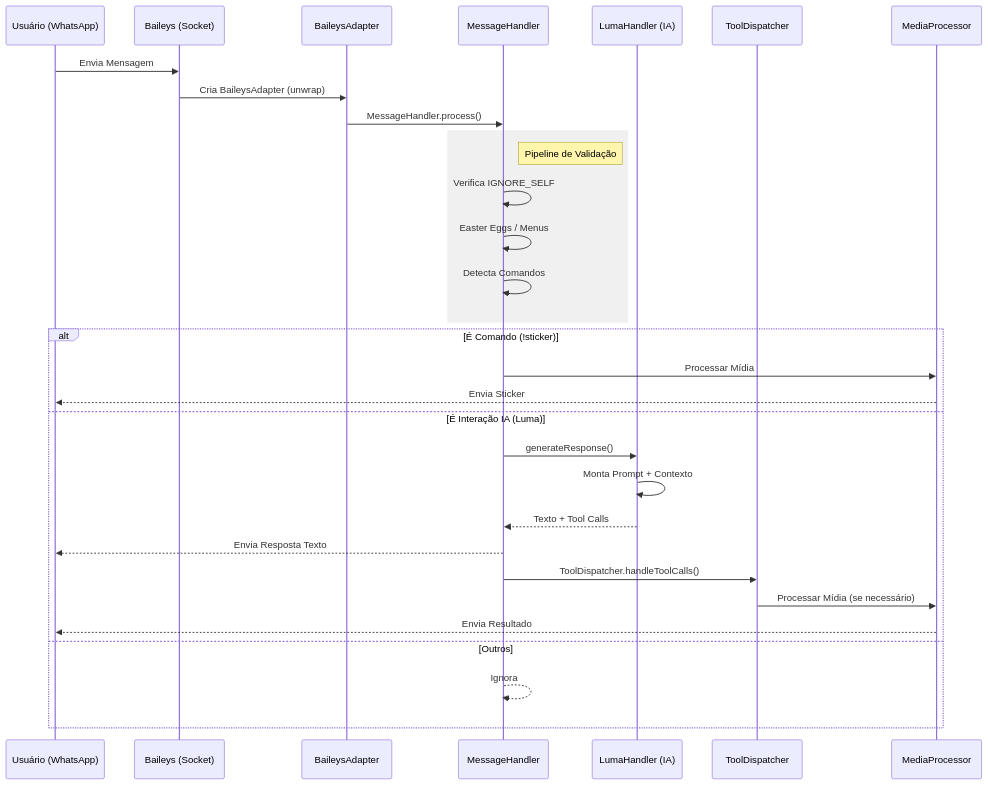
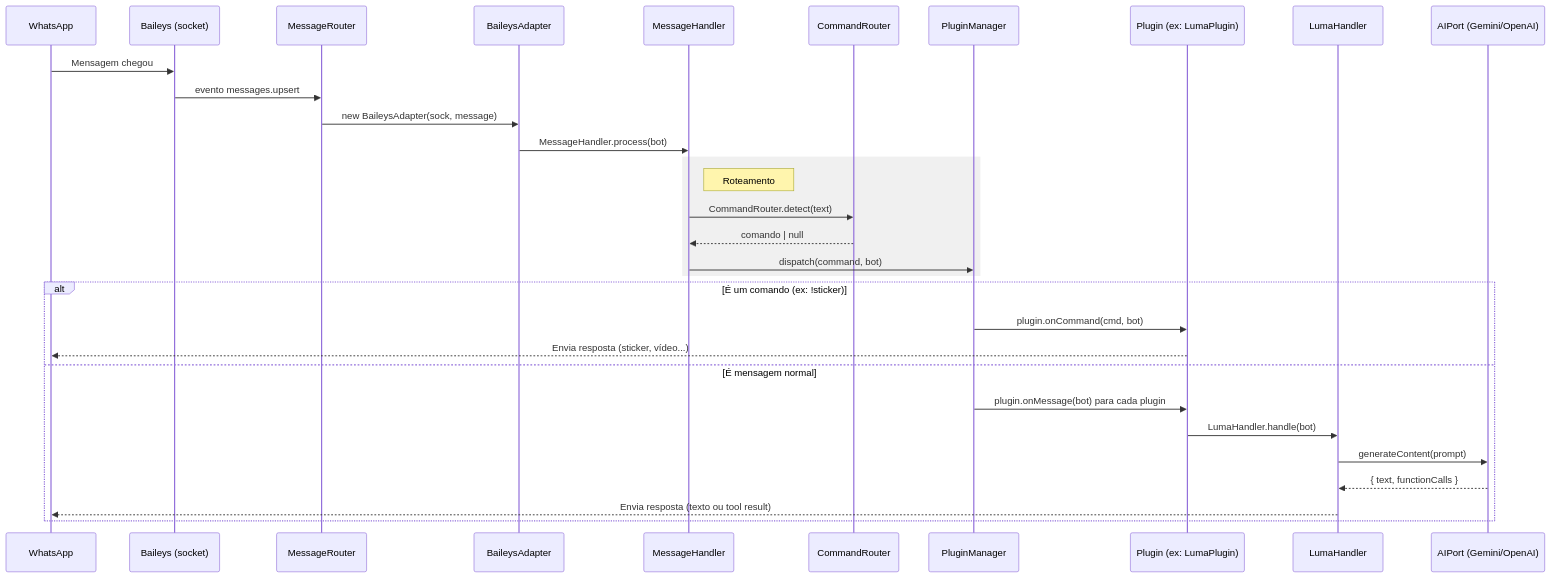
One commit to murillous/usebridger changed the diagram in docs/01-Arquitetura.md. Above: the diagram before and after it, drawn with Mermaid. The commit also changed other lines of this file and 19 other files, not shown here.

````diff
--- a/docs/01-Arquitetura.md
+++ b/docs/01-Arquitetura.md
@@ -9,36 +9,36 @@
 ```mermaid
 sequenceDiagram
-    participant User as Usuário (WhatsApp)
-    participant Baileys as Baileys (Socket)
-    participant Adapter as BaileysAdapter
-    participant Handler as MessageHandler
-    participant Luma as LumaHandler (IA)
-    participant Tools as ToolDispatcher
-    participant Media as MediaProcessor
+    participant WA   as WhatsApp
+    participant B    as Baileys (socket)
+    participant MR   as MessageRouter
+    participant BA   as BaileysAdapter
+    participant MH   as MessageHandler
+    participant CR   as CommandRouter
+    participant PM   as PluginManager
+    participant P    as Plugin (ex: LumaPlugin)
+    participant LH   as LumaHandler
+    participant AI   as AIPort (Gemini/OpenAI)
 
-    User->>Baileys: Envia Mensagem
-    Baileys->>Adapter: Cria BaileysAdapter (unwrap)
-    Adapter->>Handler: MessageHandler.process()
-    
-    rect rgb(240, 240, 240)
-        note right of Handler: Pipeline de Validação
-        Handler->>Handler: Verifica IGNORE_SELF
-        Handler->>Handler: Easter Eggs / Menus
-        Handler->>Handler: Detecta Comandos
+    WA->>B: Mensagem chegou
+    B->>MR: evento messages.upsert
+    MR->>BA: new BaileysAdapter(sock, message)
+    BA->>MH: MessageHandler.process(bot)
+
+    rect rgb(240,240,240)
+        note right of MH: Roteamento
+        MH->>CR: CommandRouter.detect(text)
+        CR-->>MH: comando | null
+        MH->>PM: dispatch(command, bot)
     end
 
-    alt É Comando (!sticker)
-        Handler->>Media: Processar Mídia
-        Media-->>User: Envia Sticker
-    else É Interação IA (Luma)
-        Handler->>Luma: generateResponse()
-        Luma->>Luma: Monta Prompt + Contexto
-        Luma-->>Handler: Texto + Tool Calls
-        Handler-->>User: Envia Resposta Texto
-        Handler->>Tools: ToolDispatcher.handleToolCalls()
-        Tools->>Media: Processar Mídia (se necessário)
-        Media-->>User: Envia Resultado
-    else Outros
-        Handler-->>Handler: Ignora
+    alt É um comando (ex: !sticker)
+        PM->>P: plugin.onCommand(cmd, bot)
+        P-->>WA: Envia resposta (sticker, vídeo...)
+    else É mensagem normal
+        PM->>P: plugin.onMessage(bot) para cada plugin
+        P->>LH: LumaHandler.handle(bot)
+        LH->>AI: generateContent(prompt)
+        AI-->>LH: { text, functionCalls }
+        LH-->>WA: Envia resposta (texto ou tool result)
     end
 ```
````
